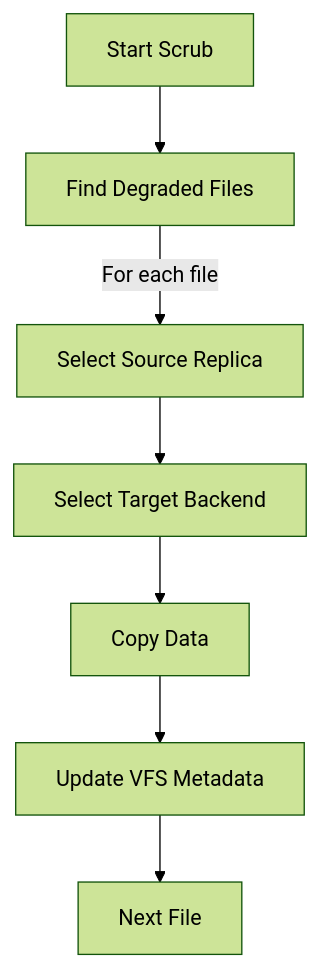
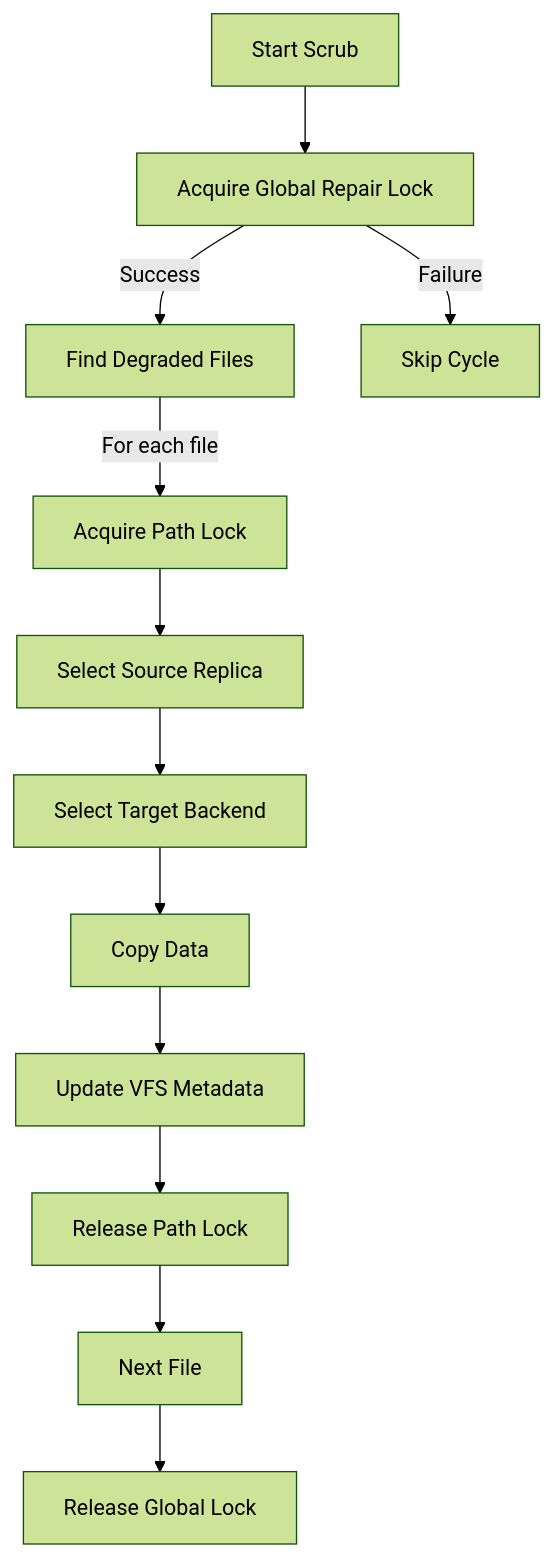
The diagram in docs/components/repair.md (digitalentity/replistore), drawn with Mermaid (forest theme) before and after one commit. The commit also changed other lines of this file and 1 other file, not shown here.

First line of the commit message:
docs: document Global Repair Lock and implicit leader election

````diff
--- a/docs/components/repair.md
+++ b/docs/components/repair.md
@@ -32,9 +49,14 @@
 ```mermaid
 graph TD
-    Start[Start Scrub] --> Find[Find Degraded Files]
-    Find -- For each file --> Source[Select Source Replica]
+    Start[Start Scrub] --> LockGlobal[Acquire Global Repair Lock]
+    LockGlobal -- Success --> Find[Find Degraded Files]
+    LockGlobal -- Failure --> Skip[Skip Cycle]
+    Find -- For each file --> LockPath[Acquire Path Lock]
+    LockPath --> Source[Select Source Replica]
     Source --> Target[Select Target Backend]
     Target --> Copy[Copy Data]
     Copy --> Update[Update VFS Metadata]
-    Update --> End[Next File]
+    Update --> ReleasePath[Release Path Lock]
+    ReleasePath --> End[Next File]
+    End --> ReleaseGlobal[Release Global Lock]
 ```
````
